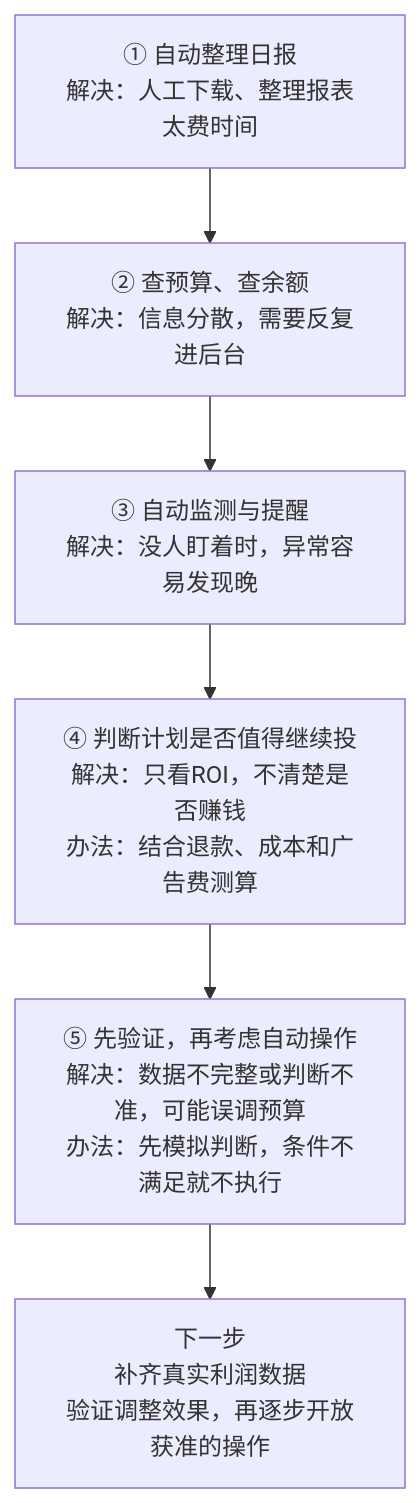
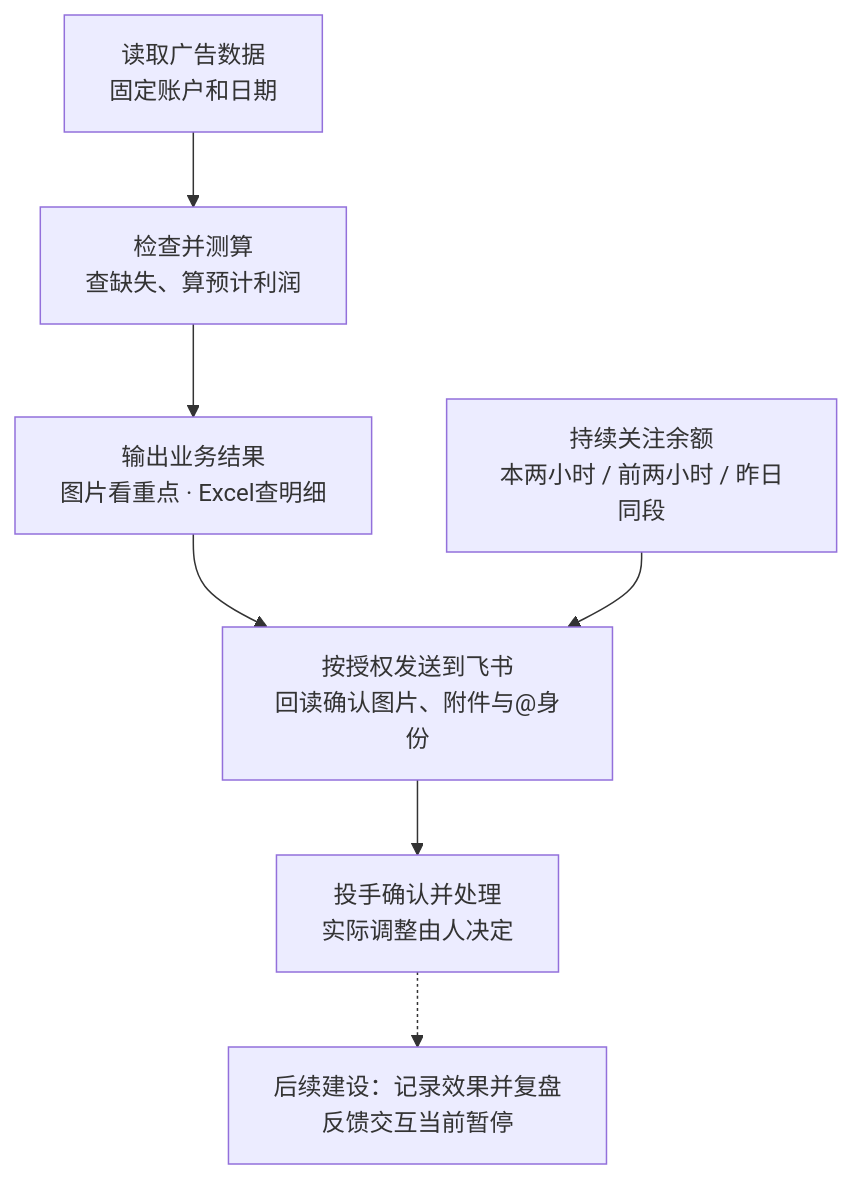
Before and after one commit to DANCHE-MAX/qianchuan-agent: the first of 2 diagrams in README.md, drawn with Mermaid. The commit also changed other lines of this file and 4 other files, not shown here.

````diff
--- a/README.md
+++ b/README.md
@@ -27,10 +49,9 @@
 ```mermaid
 flowchart TD
-    A["① 自动整理日报<br/>解决：人工下载、整理报表太费时间"]
-    B["② 查预算、查余额<br/>解决：信息分散，需要反复进后台"]
-    C["③ 自动监测与提醒<br/>解决：没人盯着时，异常容易发现晚"]
-    D["④ 判断计划是否值得继续投<br/>解决：只看ROI，不清楚是否赚钱<br/>办法：结合退款、成本和广告费测算"]
-    E["⑤ 先验证，再考虑自动操作<br/>解决：数据不完整或判断不准，可能误调预算<br/>办法：先模拟判断，条件不满足就不执行"]
-    F["下一步<br/>补齐真实利润数据<br/>验证调整效果，再逐步开放获准的操作"]
-    A --> B --> C --> D --> E --> F
+    A["读取广告数据<br/>固定账户和日期"] --> B["检查并测算<br/>查缺失、算预计利润"]
+    B --> C["输出业务结果<br/>图片看重点 · Excel查明细"]
+    C --> D["按授权发送到飞书<br/>回读确认图片、附件与@身份"]
+    D --> E["投手确认并处理<br/>实际调整由人决定"]
+    E -.-> F["后续建设：记录效果并复盘<br/>反馈交互当前暂停"]
+    G["持续关注余额<br/>本两小时 / 前两小时 / 昨日同段"] --> D
 ```
````
